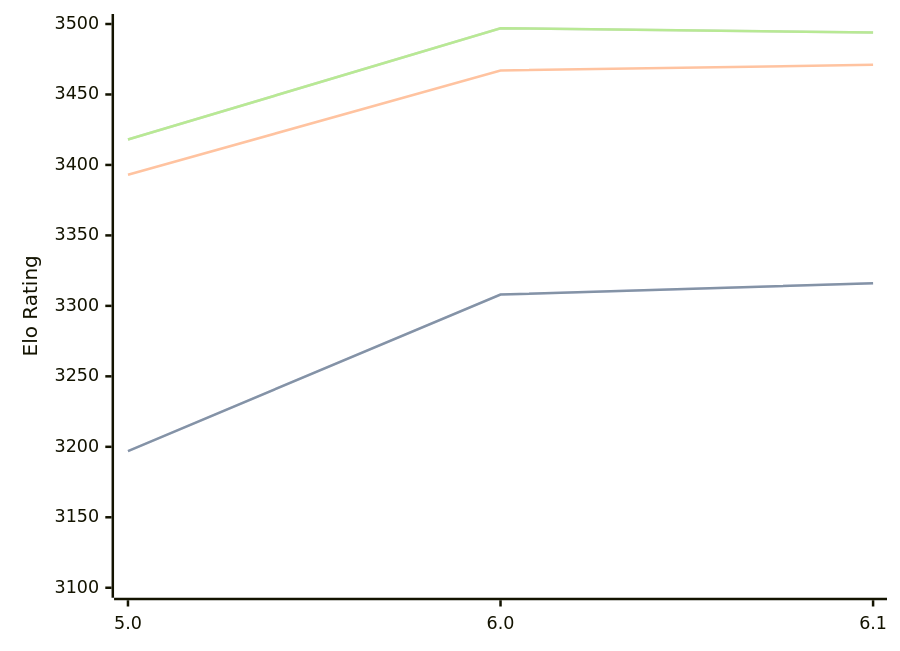
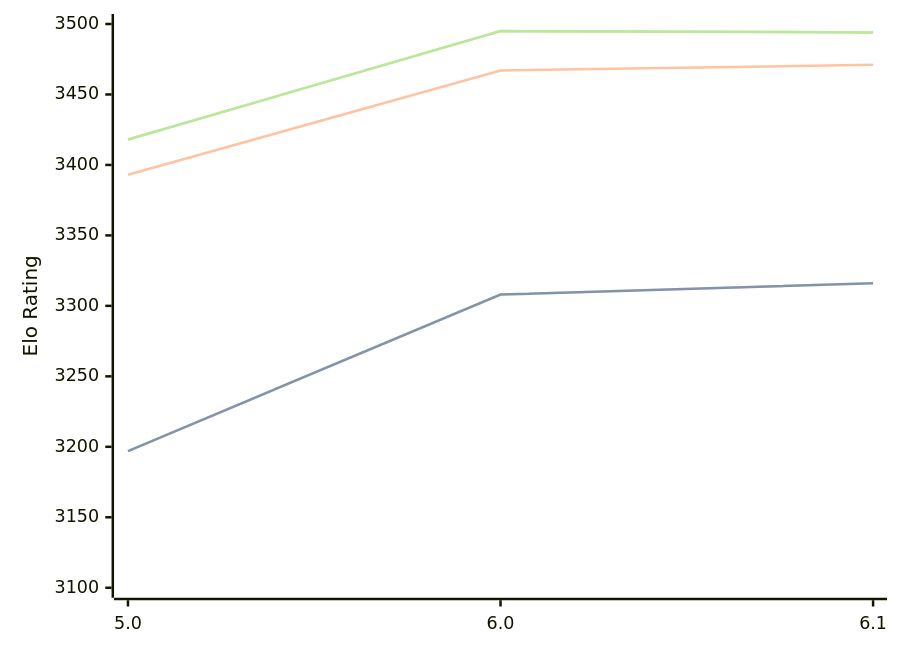
One commit to computer-chess-index/cci changed the first of 3 diagrams in engines/Starzix.md. Above: the diagram before and after it, drawn with Mermaid. The commit also changed other lines of this file, not shown here.

Commit message:
Update CCI Ratings (ELO VLTC) - 2026-06-19

````diff
--- a/engines/Starzix.md
+++ b/engines/Starzix.md
@@ -37,11 +37,11 @@
 ```mermaid
 %%{init: {"theme":"base","themeVariables":{"seriesColors:['#a3a3a3','#222221','#faa371']}}}%%
 xychart-beta
   x-axis ["5.0", "6.0", "6.1"]
   y-axis "Elo Rating" 3100 --> 3500
   line "STC (8.0+0.08s)" [3197, 3308, 3316]
   line "STC (8.0+0.08s)" [3197, 3308, 3316]
   line "LTC (60.0+0.60s)" [3393, 3467, 3471]
-  line "VLTC (2m24s+1.12s)" [3418, 3497, 3494]
-  line "VLTC (2m24s+1.12s)" [3418, 3497, 3494]
+  line "VLTC (2m24s+1.12s)" [3418, 3495, 3494]
+  line "VLTC (2m24s+1.12s)" [3418, 3495, 3494]
 ```
````
